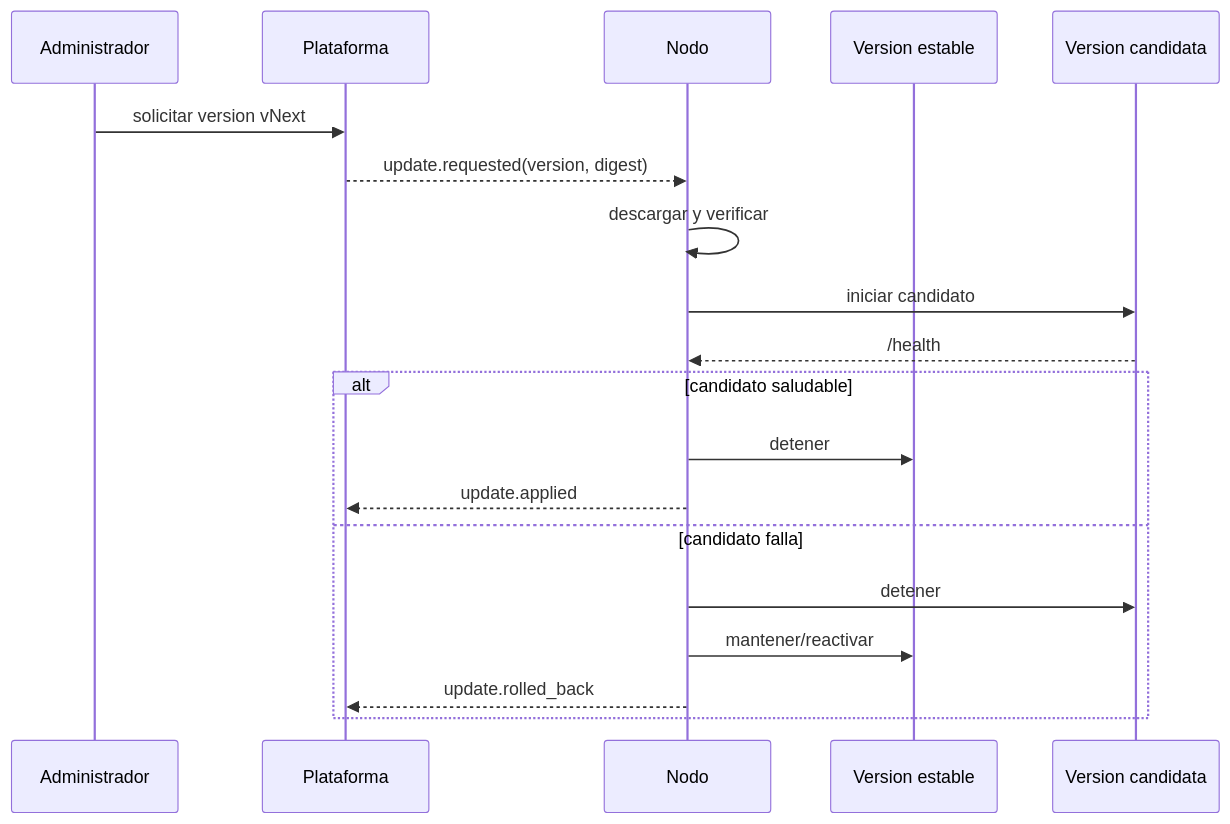
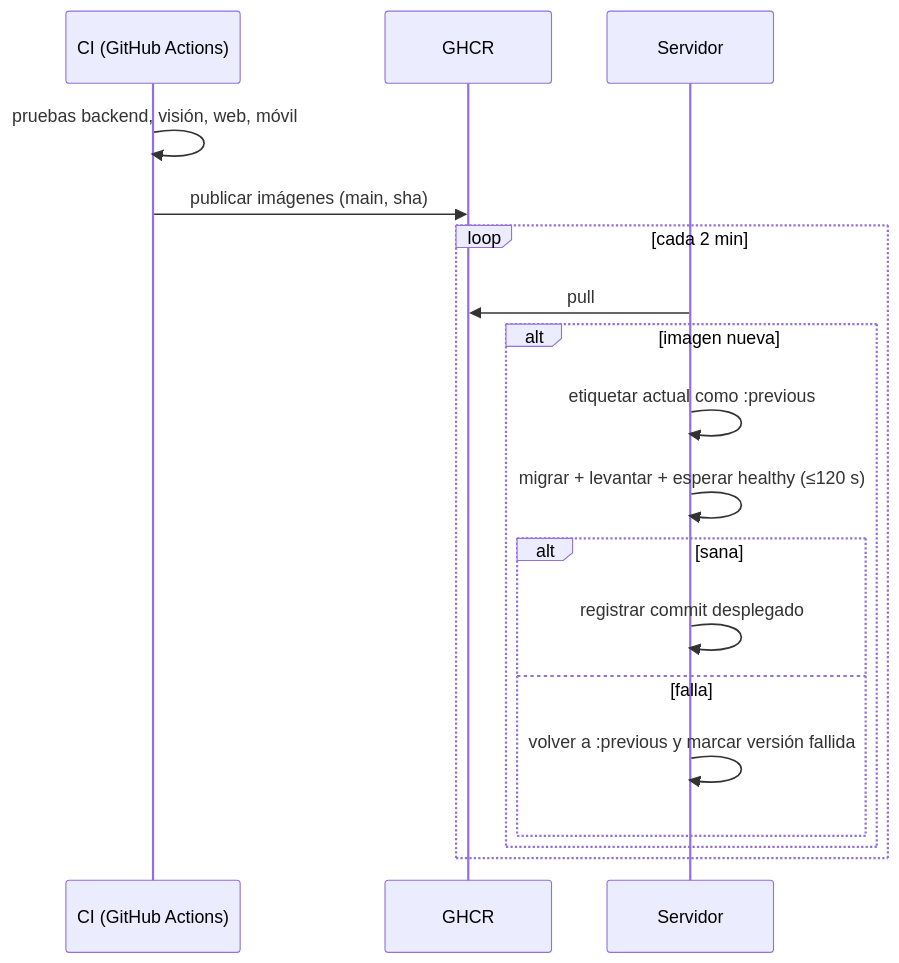
Before and after one commit to cfvizcaino/py_vigia: the fourth of 4 diagrams in SegundoInforme.md, drawn with Mermaid. The commit also changed other lines of this file and 11 other files, not shown here.

````diff
--- a/SegundoInforme.md
+++ b/SegundoInforme.md
@@ -319,21 +435,20 @@
 ```mermaid
 sequenceDiagram
-    participant Admin as Administrador
-    participant Core as Plataforma
-    participant Node as Nodo
-    participant Old as Version estable
-    participant New as Version candidata
-    Admin->>Core: solicitar version vNext
-    Core-->>Node: update.requested(version, digest)
-    Node->>Node: descargar y verificar
-    Node->>New: iniciar candidato
-    New-->>Node: /health
-    alt candidato saludable
-      Node->>Old: detener
-      Node-->>Core: update.applied
-    else candidato falla
-      Node->>New: detener
-      Node->>Old: mantener/reactivar
-      Node-->>Core: update.rolled_back
+    participant CI as CI (GitHub Actions)
+    participant Reg as GHCR
+    participant Srv as Servidor
+    CI->>CI: pruebas backend, visión, web, móvil
+    CI->>Reg: publicar imágenes (main, sha)
+    loop cada 2 min
+      Srv->>Reg: pull
+      alt imagen nueva
+        Srv->>Srv: etiquetar actual como :previous
+        Srv->>Srv: migrar + levantar + esperar healthy (≤120 s)
+        alt sana
+          Srv->>Srv: registrar commit desplegado
+        else falla
+          Srv->>Srv: volver a :previous y marcar versión fallida
+        end
+      end
     end
 ```
````
